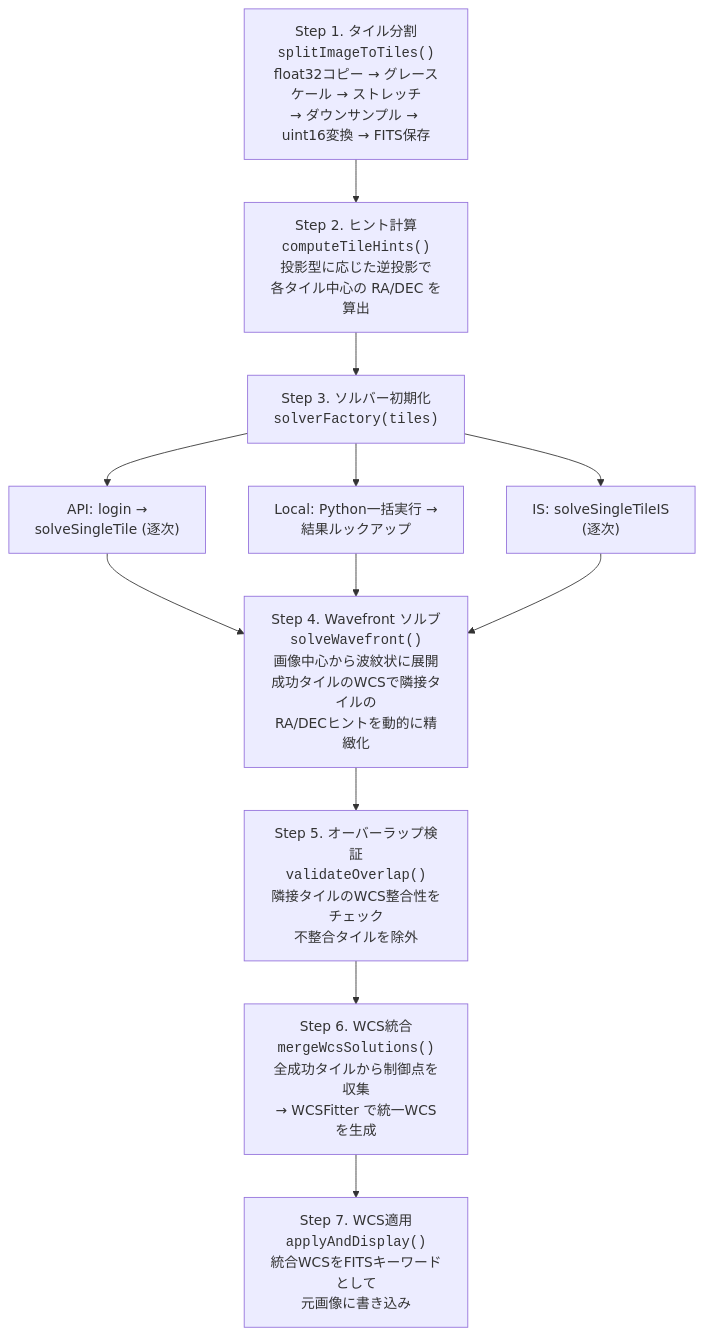
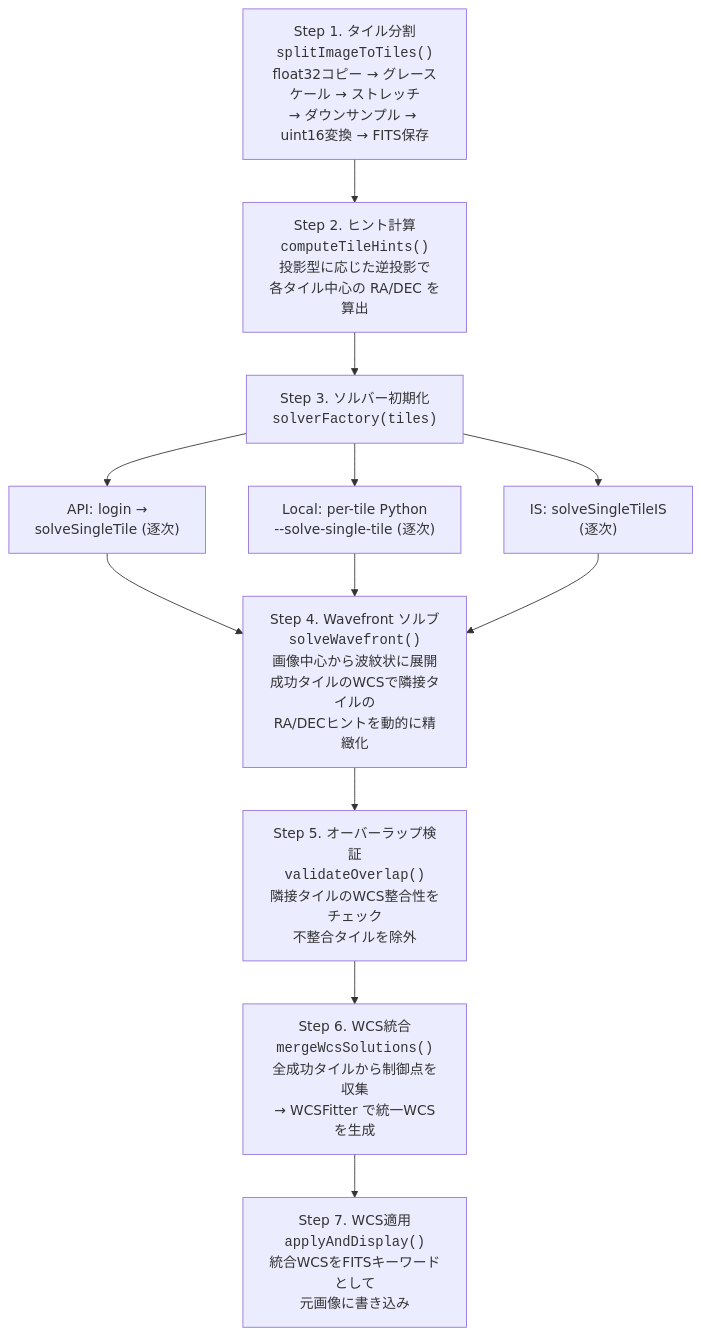
One commit to ysmr3104/split-image-solver changed the first of 10 diagrams in docs/specs.md. Above: the diagram before and after it, drawn with Mermaid. The commit also changed other lines of this file and 8 other files, not shown here.

First line of the commit message:
refactor(local): per-tile Python呼び出し + solve-field出力分離

````diff
--- a/docs/specs.md
+++ b/docs/specs.md
@@ -36,22 +36,22 @@
 ```mermaid
 flowchart TD
     A["Step 1. タイル分割<br/><code>splitImageToTiles()</code><br/>float32コピー → グレースケール → ストレッチ<br/>→ ダウンサンプル → uint16変換 → FITS保存"] --> B
 
     B["Step 2. ヒント計算<br/><code>computeTileHints()</code><br/>投影型に応じた逆投影で<br/>各タイル中心の RA/DEC を算出"] --> C
 
     C["Step 3. ソルバー初期化<br/><code>solverFactory(tiles)</code>"]
     C --> C1["API: login →<br/>solveSingleTile (逐次)"]
-    C --> C2["Local: Python一括実行 →<br/>結果ルックアップ"]
+    C --> C2["Local: per-tile Python<br/>--solve-single-tile (逐次)"]
     C --> C3["IS: solveSingleTileIS<br/>(逐次)"]
     C1 --> D
     C2 --> D
     C3 --> D
 
     D["Step 4. Wavefront ソルブ<br/><code>solveWavefront()</code><br/>画像中心から波紋状に展開<br/>成功タイルのWCSで隣接タイルの<br/>RA/DECヒントを動的に精緻化"] --> E
 
     E["Step 5. オーバーラップ検証<br/><code>validateOverlap()</code><br/>隣接タイルのWCS整合性をチェック<br/>不整合タイルを除外"] --> F
 
     F["Step 6. WCS統合<br/><code>mergeWcsSolutions()</code><br/>全成功タイルから制御点を収集<br/>→ WCSFitter で統一WCSを生成"] --> G
 
     G["Step 7. WCS適用<br/><code>applyAndDisplay()</code><br/>統合WCSをFITSキーワードとして<br/>元画像に書き込み"]
 ```
````
